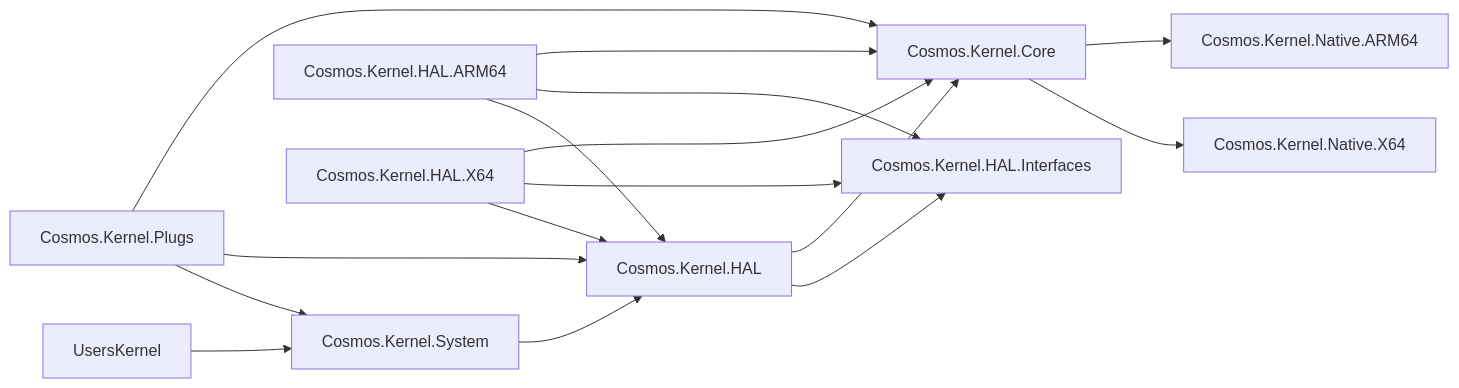
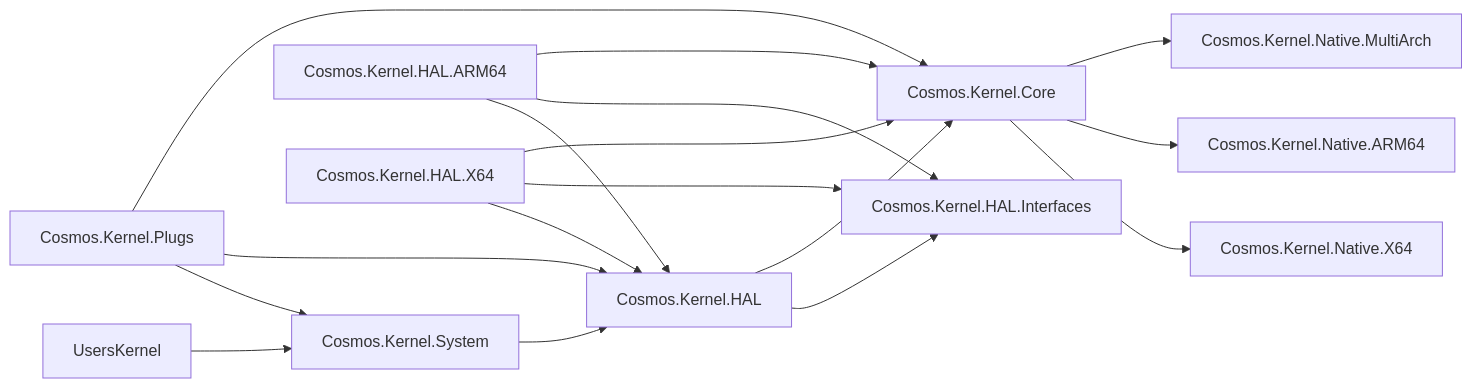
Before and after one commit to valentinbreiz/nativeaot-patcher: the diagram in docs/articles/kernel-project-layout.md, drawn with Mermaid. The commit also changed other lines of this file and 2 other files, not shown here.

Commit message:
📝 Fix project guidelines

````diff
--- a/docs/articles/kernel-project-layout.md
+++ b/docs/articles/kernel-project-layout.md
@@ -7,18 +7,19 @@
 ```mermaid
 flowchart LR;
 	UsersKernel-->Cosmos.Kernel.System;
     Cosmos.Kernel.System-->Cosmos.Kernel.HAL;
 	Cosmos.Kernel.Plugs-->Cosmos.Kernel.System;
     Cosmos.Kernel.Plugs-->Cosmos.Kernel.HAL;
     Cosmos.Kernel.Plugs-->Cosmos.Kernel.Core;
     Cosmos.Kernel.HAL-->Cosmos.Kernel.HAL.Interfaces;
     Cosmos.Kernel.HAL.ARM64-->Cosmos.Kernel.HAL;
     Cosmos.Kernel.HAL.X64-->Cosmos.Kernel.HAL;
 	Cosmos.Kernel.HAL.ARM64-->Cosmos.Kernel.HAL.Interfaces;
 	Cosmos.Kernel.HAL.X64-->Cosmos.Kernel.HAL.Interfaces;
 	Cosmos.Kernel.HAL.ARM64-->Cosmos.Kernel.Core;
 	Cosmos.Kernel.HAL.X64-->Cosmos.Kernel.Core;
 	Cosmos.Kernel.HAL-->Cosmos.Kernel.Core;
     Cosmos.Kernel.Core-->Cosmos.Kernel.Native.X64;
     Cosmos.Kernel.Core-->Cosmos.Kernel.Native.ARM64;
+    Cosmos.Kernel.Core-->Cosmos.Kernel.Native.MultiArch;
 ```
````
